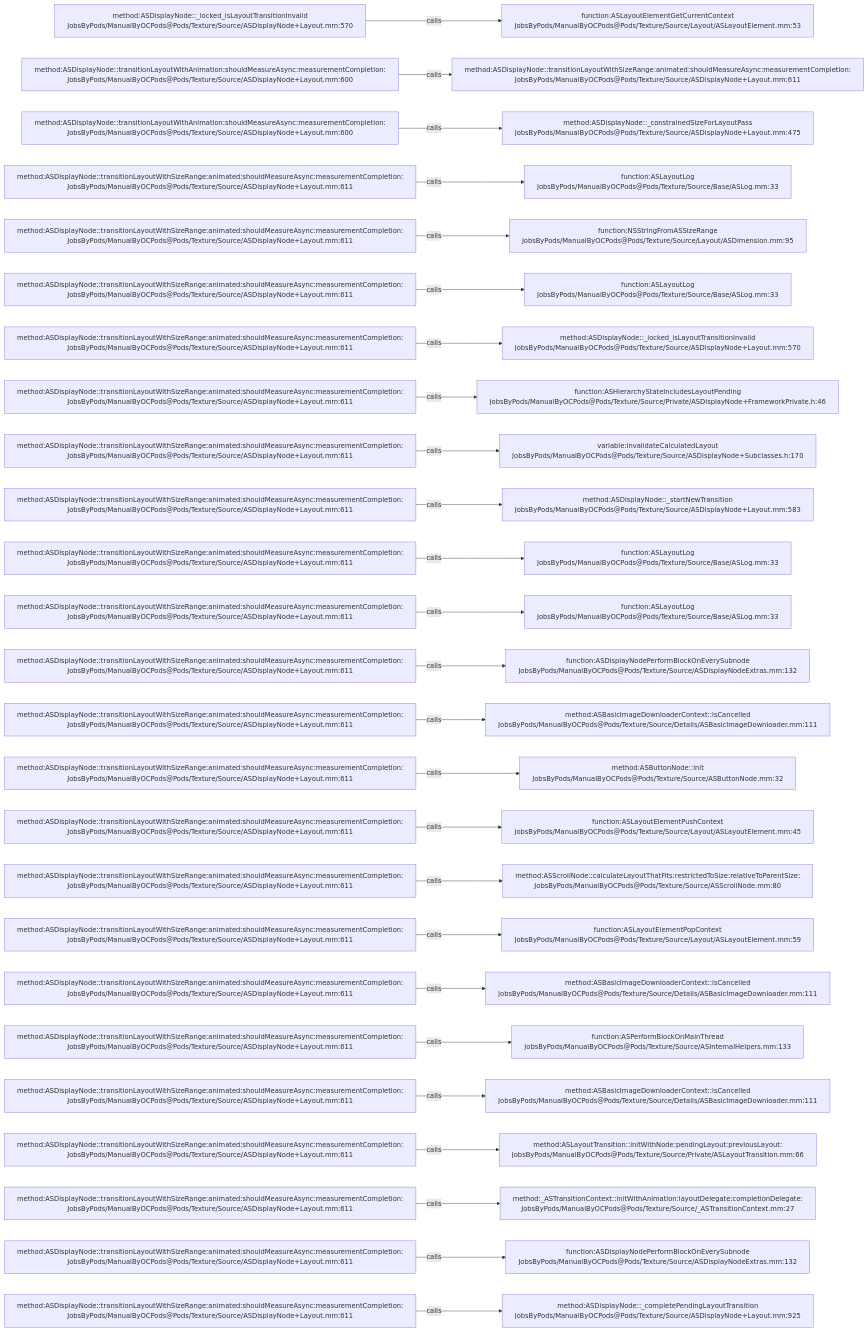
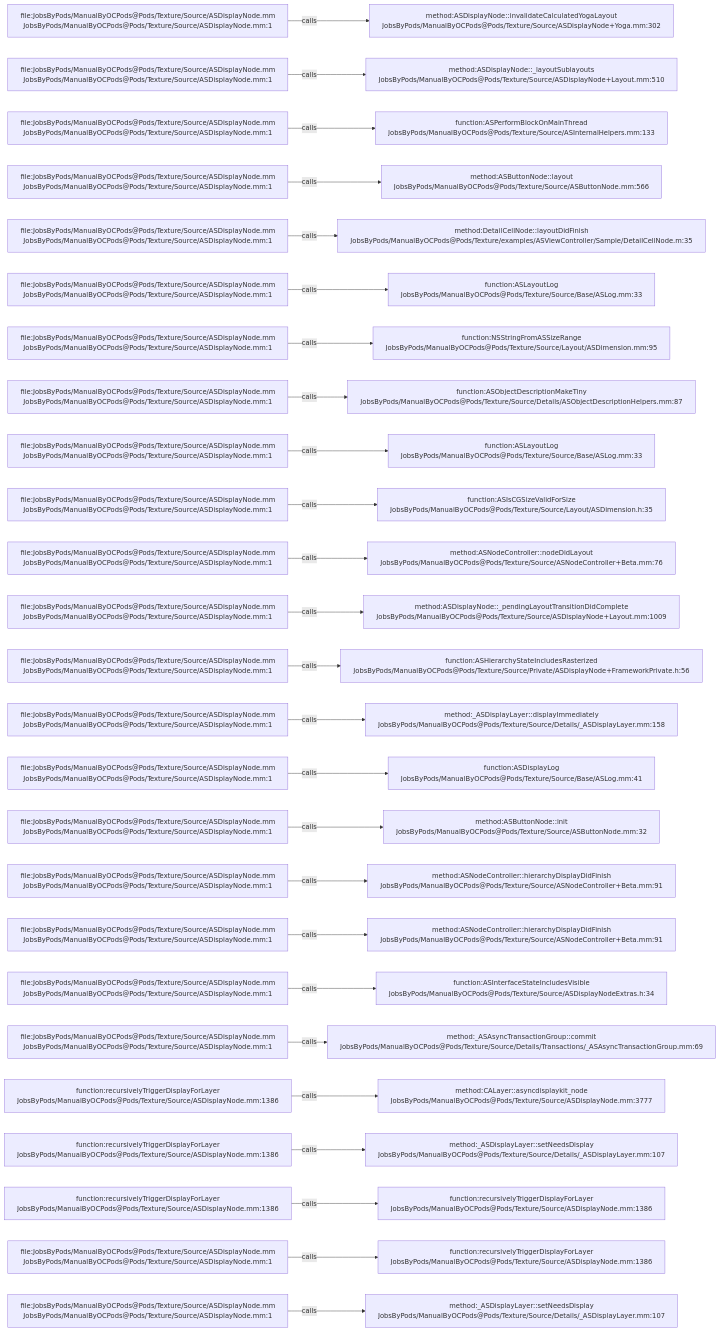
Before and after one commit to JobsKits/JobsOCBaseConfigDemo: the diagram in .codegraph/codegraph.md/graphs/calls-084.md, drawn with Mermaid. The commit also changed 2723 other files, not shown here.

````diff
--- a/.codegraph/codegraph.md/graphs/calls-084.md
+++ b/.codegraph/codegraph.md/graphs/calls-084.md
@@ -13,78 +13,78 @@
 ```mermaid
 flowchart LR
-  S1["method:ASDisplayNode::_locked_isLayoutTransitionInvalid<br/>JobsByPods/ManualByOCPods@Pods/Texture/Source/ASDisplayNode+Layout.mm:570"]
-  T1["function:ASLayoutElementGetCurrentContext<br/>JobsByPods/ManualByOCPods@Pods/Texture/Source/Layout/ASLayoutElement.mm:53"]
+  S1["file:JobsByPods/ManualByOCPods@Pods/Texture/Source/ASDisplayNode.mm<br/>JobsByPods/ManualByOCPods@Pods/Texture/Source/ASDisplayNode.mm:1"]
+  T1["method:ASDisplayNode::invalidateCalculatedYogaLayout<br/>JobsByPods/ManualByOCPods@Pods/Texture/Source/ASDisplayNode+Yoga.mm:302"]
   S1 -->|calls| T1
-  S2["method:ASDisplayNode::transitionLayoutWithAnimation:shouldMeasureAsync:measurementCompletion:<br/>JobsByPods/ManualByOCPods@Pods/Texture/Source/ASDisplayNode+Layout.mm:600"]
-  T2["method:ASDisplayNode::transitionLayoutWithSizeRange:animated:shouldMeasureAsync:measurementCompletion:<br/>JobsByPods/ManualByOCPods@Pods/Texture/Source/ASDisplayNode+Layout.mm:611"]
+  S2["file:JobsByPods/ManualByOCPods@Pods/Texture/Source/ASDisplayNode.mm<br/>JobsByPods/ManualByOCPods@Pods/Texture/Source/ASDisplayNode.mm:1"]
+  T2["method:ASDisplayNode::_layoutSublayouts<br/>JobsByPods/ManualByOCPods@Pods/Texture/Source/ASDisplayNode+Layout.mm:510"]
   S2 -->|calls| T2
-  S3["method:ASDisplayNode::transitionLayoutWithAnimation:shouldMeasureAsync:measurementCompletion:<br/>JobsByPods/ManualByOCPods@Pods/Texture/Source/ASDisplayNode+Layout.mm:600"]
-  T3["method:ASDisplayNode::_constrainedSizeForLayoutPass<br/>JobsByPods/ManualByOCPods@Pods/Texture/Source/ASDisplayNode+Layout.mm:475"]
+  S3["file:JobsByPods/ManualByOCPods@Pods/Texture/Source/ASDisplayNode.mm<br/>JobsByPods/ManualByOCPods@Pods/Texture/Source/ASDisplayNode.mm:1"]
+  T3["function:ASPerformBlockOnMainThread<br/>JobsByPods/ManualByOCPods@Pods/Texture/Source/ASInternalHelpers.mm:133"]
   S3 -->|calls| T3
-  S4["method:ASDisplayNode::transitionLayoutWithSizeRange:animated:shouldMeasureAsync:measurementCompletion:<br/>JobsByPods/ManualByOCPods@Pods/Texture/Source/ASDisplayNode+Layout.mm:611"]
-  T4["function:ASLayoutLog<br/>JobsByPods/ManualByOCPods@Pods/Texture/Source/Base/ASLog.mm:33"]
+  S4["file:JobsByPods/ManualByOCPods@Pods/Texture/Source/ASDisplayNode.mm<br/>JobsByPods/ManualByOCPods@Pods/Texture/Source/ASDisplayNode.mm:1"]
+  T4["method:ASButtonNode::layout<br/>JobsByPods/ManualByOCPods@Pods/Texture/Source/ASButtonNode.mm:566"]
   S4 -->|calls| T4
-  S5["method:ASDisplayNode::transitionLayoutWithSizeRange:animated:shouldMeasureAsync:measurementCompletion:<br/>JobsByPods/ManualByOCPods@Pods/Texture/Source/ASDisplayNode+Layout.mm:611"]
-  T5["function:NSStringFromASSizeRange<br/>JobsByPods/ManualByOCPods@Pods/Texture/Source/Layout/ASDimension.mm:95"]
+  S5["file:JobsByPods/ManualByOCPods@Pods/Texture/Source/ASDisplayNode.mm<br/>JobsByPods/ManualByOCPods@Pods/Texture/Source/ASDisplayNode.mm:1"]
+  T5["method:DetailCellNode::layoutDidFinish<br/>JobsByPods/ManualByOCPods@Pods/Texture/examples/ASViewController/Sample/DetailCellNode.m:35"]
   S5 -->|calls| T5
-  S6["method:ASDisplayNode::transitionLayoutWithSizeRange:animated:shouldMeasureAsync:measurementCompletion:<br/>JobsByPods/ManualByOCPods@Pods/Texture/Source/ASDisplayNode+Layout.mm:611"]
+  S6["file:JobsByPods/ManualByOCPods@Pods/Texture/Source/ASDisplayNode.mm<br/>JobsByPods/ManualByOCPods@Pods/Texture/Source/ASDisplayNode.mm:1"]
   T6["function:ASLayoutLog<br/>JobsByPods/ManualByOCPods@Pods/Texture/Source/Base/ASLog.mm:33"]
   S6 -->|calls| T6
-  S7["method:ASDisplayNode::transitionLayoutWithSizeRange:animated:shouldMeasureAsync:measurementCompletion:<br/>JobsByPods/ManualByOCPods@Pods/Texture/Source/ASDisplayNode+Layout.mm:611"]
-  T7["method:ASDisplayNode::_locked_isLayoutTransitionInvalid<br/>JobsByPods/ManualByOCPods@Pods/Texture/Source/ASDisplayNode+Layout.mm:570"]
+  S7["file:JobsByPods/ManualByOCPods@Pods/Texture/Source/ASDisplayNode.mm<br/>JobsByPods/ManualByOCPods@Pods/Texture/Source/ASDisplayNode.mm:1"]
+  T7["function:NSStringFromASSizeRange<br/>JobsByPods/ManualByOCPods@Pods/Texture/Source/Layout/ASDimension.mm:95"]
   S7 -->|calls| T7
-  S8["method:ASDisplayNode::transitionLayoutWithSizeRange:animated:shouldMeasureAsync:measurementCompletion:<br/>JobsByPods/ManualByOCPods@Pods/Texture/Source/ASDisplayNode+Layout.mm:611"]
-  T8["function:ASHierarchyStateIncludesLayoutPending<br/>JobsByPods/ManualByOCPods@Pods/Texture/Source/Private/ASDisplayNode+FrameworkPrivate.h:46"]
+  S8["file:JobsByPods/ManualByOCPods@Pods/Texture/Source/ASDisplayNode.mm<br/>JobsByPods/ManualByOCPods@Pods/Texture/Source/ASDisplayNode.mm:1"]
+  T8["function:ASObjectDescriptionMakeTiny<br/>JobsByPods/ManualByOCPods@Pods/Texture/Source/Details/ASObjectDescriptionHelpers.mm:87"]
   S8 -->|calls| T8
-  S9["method:ASDisplayNode::transitionLayoutWithSizeRange:animated:shouldMeasureAsync:measurementCompletion:<br/>JobsByPods/ManualByOCPods@Pods/Texture/Source/ASDisplayNode+Layout.mm:611"]
-  T9["variable:invalidateCalculatedLayout<br/>JobsByPods/ManualByOCPods@Pods/Texture/Source/ASDisplayNode+Subclasses.h:170"]
+  S9["file:JobsByPods/ManualByOCPods@Pods/Texture/Source/ASDisplayNode.mm<br/>JobsByPods/ManualByOCPods@Pods/Texture/Source/ASDisplayNode.mm:1"]
+  T9["function:ASLayoutLog<br/>JobsByPods/ManualByOCPods@Pods/Texture/Source/Base/ASLog.mm:33"]
   S9 -->|calls| T9
-  S10["method:ASDisplayNode::transitionLayoutWithSizeRange:animated:shouldMeasureAsync:measurementCompletion:<br/>JobsByPods/ManualByOCPods@Pods/Texture/Source/ASDisplayNode+Layout.mm:611"]
-  T10["method:ASDisplayNode::_startNewTransition<br/>JobsByPods/ManualByOCPods@Pods/Texture/Source/ASDisplayNode+Layout.mm:583"]
+  S10["file:JobsByPods/ManualByOCPods@Pods/Texture/Source/ASDisplayNode.mm<br/>JobsByPods/ManualByOCPods@Pods/Texture/Source/ASDisplayNode.mm:1"]
+  T10["function:ASIsCGSizeValidForSize<br/>JobsByPods/ManualByOCPods@Pods/Texture/Source/Layout/ASDimension.h:35"]
   S10 -->|calls| T10
-  S11["method:ASDisplayNode::transitionLayoutWithSizeRange:animated:shouldMeasureAsync:measurementCompletion:<br/>JobsByPods/ManualByOCPods@Pods/Texture/Source/ASDisplayNode+Layout.mm:611"]
-  T11["function:ASLayoutLog<br/>JobsByPods/ManualByOCPods@Pods/Texture/Source/Base/ASLog.mm:33"]
+  S11["file:JobsByPods/ManualByOCPods@Pods/Texture/Source/ASDisplayNode.mm<br/>JobsByPods/ManualByOCPods@Pods/Texture/Source/ASDisplayNode.mm:1"]
+  T11["method:ASNodeController::nodeDidLayout<br/>JobsByPods/ManualByOCPods@Pods/Texture/Source/ASNodeController+Beta.mm:76"]
   S11 -->|calls| T11
-  S12["method:ASDisplayNode::transitionLayoutWithSizeRange:animated:shouldMeasureAsync:measurementCompletion:<br/>JobsByPods/ManualByOCPods@Pods/Texture/Source/ASDisplayNode+Layout.mm:611"]
-  T12["function:ASLayoutLog<br/>JobsByPods/ManualByOCPods@Pods/Texture/Source/Base/ASLog.mm:33"]
+  S12["file:JobsByPods/ManualByOCPods@Pods/Texture/Source/ASDisplayNode.mm<br/>JobsByPods/ManualByOCPods@Pods/Texture/Source/ASDisplayNode.mm:1"]
+  T12["method:ASDisplayNode::_pendingLayoutTransitionDidComplete<br/>JobsByPods/ManualByOCPods@Pods/Texture/Source/ASDisplayNode+Layout.mm:1009"]
   S12 -->|calls| T12
-  S13["method:ASDisplayNode::transitionLayoutWithSizeRange:animated:shouldMeasureAsync:measurementCompletion:<br/>JobsByPods/ManualByOCPods@Pods/Texture/Source/ASDisplayNode+Layout.mm:611"]
-  T13["function:ASDisplayNodePerformBlockOnEverySubnode<br/>JobsByPods/ManualByOCPods@Pods/Texture/Source/ASDisplayNodeExtras.mm:132"]
+  S13["file:JobsByPods/ManualByOCPods@Pods/Texture/Source/ASDisplayNode.mm<br/>JobsByPods/ManualByOCPods@Pods/Texture/Source/ASDisplayNode.mm:1"]
+  T13["function:ASHierarchyStateIncludesRasterized<br/>JobsByPods/ManualByOCPods@Pods/Texture/Source/Private/ASDisplayNode+FrameworkPrivate.h:56"]
   S13 -->|calls| T13
-  S14["method:ASDisplayNode::transitionLayoutWithSizeRange:animated:shouldMeasureAsync:measurementCompletion:<br/>JobsByPods/ManualByOCPods@Pods/Texture/Source/ASDisplayNode+Layout.mm:611"]
-  T14["method:ASBasicImageDownloaderContext::isCancelled<br/>JobsByPods/ManualByOCPods@Pods/Texture/Source/Details/ASBasicImageDownloader.mm:111"]
+  S14["file:JobsByPods/ManualByOCPods@Pods/Texture/Source/ASDisplayNode.mm<br/>JobsByPods/ManualByOCPods@Pods/Texture/Source/ASDisplayNode.mm:1"]
+  T14["method:_ASDisplayLayer::displayImmediately<br/>JobsByPods/ManualByOCPods@Pods/Texture/Source/Details/_ASDisplayLayer.mm:158"]
   S14 -->|calls| T14
-  S15["method:ASDisplayNode::transitionLayoutWithSizeRange:animated:shouldMeasureAsync:measurementCompletion:<br/>JobsByPods/ManualByOCPods@Pods/Texture/Source/ASDisplayNode+Layout.mm:611"]
-  T15["method:ASButtonNode::init<br/>JobsByPods/ManualByOCPods@Pods/Texture/Source/ASButtonNode.mm:32"]
+  S15["file:JobsByPods/ManualByOCPods@Pods/Texture/Source/ASDisplayNode.mm<br/>JobsByPods/ManualByOCPods@Pods/Texture/Source/ASDisplayNode.mm:1"]
+  T15["function:ASDisplayLog<br/>JobsByPods/ManualByOCPods@Pods/Texture/Source/Base/ASLog.mm:41"]
   S15 -->|calls| T15
-  S16["method:ASDisplayNode::transitionLayoutWithSizeRange:animated:shouldMeasureAsync:measurementCompletion:<br/>JobsByPods/ManualByOCPods@Pods/Texture/Source/ASDisplayNode+Layout.mm:611"]
-  T16["function:ASLayoutElementPushContext<br/>JobsByPods/ManualByOCPods@Pods/Texture/Source/Layout/ASLayoutElement.mm:45"]
+  S16["file:JobsByPods/ManualByOCPods@Pods/Texture/Source/ASDisplayNode.mm<br/>JobsByPods/ManualByOCPods@Pods/Texture/Source/ASDisplayNode.mm:1"]
+  T16["method:ASButtonNode::init<br/>JobsByPods/ManualByOCPods@Pods/Texture/Source/ASButtonNode.mm:32"]
   S16 -->|calls| T16
-  S17["method:ASDisplayNode::transitionLayoutWithSizeRange:animated:shouldMeasureAsync:measurementCompletion:<br/>JobsByPods/ManualByOCPods@Pods/Texture/Source/ASDisplayNode+Layout.mm:611"]
-  T17["method:ASScrollNode::calculateLayoutThatFits:restrictedToSize:relativeToParentSize:<br/>JobsByPods/ManualByOCPods@Pods/Texture/Source/ASScrollNode.mm:80"]
+  S17["file:JobsByPods/ManualByOCPods@Pods/Texture/Source/ASDisplayNode.mm<br/>JobsByPods/ManualByOCPods@Pods/Texture/Source/ASDisplayNode.mm:1"]
+  T17["method:ASNodeController::hierarchyDisplayDidFinish<br/>JobsByPods/ManualByOCPods@Pods/Texture/Source/ASNodeController+Beta.mm:91"]
   S17 -->|calls| T17
-  S18["method:ASDisplayNode::transitionLayoutWithSizeRange:animated:shouldMeasureAsync:measurementCompletion:<br/>JobsByPods/ManualByOCPods@Pods/Texture/Source/ASDisplayNode+Layout.mm:611"]
-  T18["function:ASLayoutElementPopContext<br/>JobsByPods/ManualByOCPods@Pods/Texture/Source/Layout/ASLayoutElement.mm:59"]
+  S18["file:JobsByPods/ManualByOCPods@Pods/Texture/Source/ASDisplayNode.mm<br/>JobsByPods/ManualByOCPods@Pods/Texture/Source/ASDisplayNode.mm:1"]
+  T18["method:ASNodeController::hierarchyDisplayDidFinish<br/>JobsByPods/ManualByOCPods@Pods/Texture/Source/ASNodeController+Beta.mm:91"]
   S18 -->|calls| T18
-  S19["method:ASDisplayNode::transitionLayoutWithSizeRange:animated:shouldMeasureAsync:measurementCompletion:<br/>JobsByPods/ManualByOCPods@Pods/Texture/Source/ASDisplayNode+Layout.mm:611"]
-  T19["method:ASBasicImageDownloaderContext::isCancelled<br/>JobsByPods/ManualByOCPods@Pods/Texture/Source/Details/ASBasicImageDownloader.mm:111"]
+  S19["file:JobsByPods/ManualByOCPods@Pods/Texture/Source/ASDisplayNode.mm<br/>JobsByPods/ManualByOCPods@Pods/Texture/Source/ASDisplayNode.mm:1"]
+  T19["function:ASInterfaceStateIncludesVisible<br/>JobsByPods/ManualByOCPods@Pods/Texture/Source/ASDisplayNodeExtras.h:34"]
   S19 -->|calls| T19
-  S20["method:ASDisplayNode::transitionLayoutWithSizeRange:animated:shouldMeasureAsync:measurementCompletion:<br/>JobsByPods/ManualByOCPods@Pods/Texture/Source/ASDisplayNode+Layout.mm:611"]
-  T20["function:ASPerformBlockOnMainThread<br/>JobsByPods/ManualByOCPods@Pods/Texture/Source/ASInternalHelpers.mm:133"]
+  S20["file:JobsByPods/ManualByOCPods@Pods/Texture/Source/ASDisplayNode.mm<br/>JobsByPods/ManualByOCPods@Pods/Texture/Source/ASDisplayNode.mm:1"]
+  T20["method:_ASAsyncTransactionGroup::commit<br/>JobsByPods/ManualByOCPods@Pods/Texture/Source/Details/Transactions/_ASAsyncTransactionGroup.mm:69"]
   S20 -->|calls| T20
-  S21["method:ASDisplayNode::transitionLayoutWithSizeRange:animated:shouldMeasureAsync:measurementCompletion:<br/>JobsByPods/ManualByOCPods@Pods/Texture/Source/ASDisplayNode+Layout.mm:611"]
-  T21["method:ASBasicImageDownloaderContext::isCancelled<br/>JobsByPods/ManualByOCPods@Pods/Texture/Source/Details/ASBasicImageDownloader.mm:111"]
+  S21["function:recursivelyTriggerDisplayForLayer<br/>JobsByPods/ManualByOCPods@Pods/Texture/Source/ASDisplayNode.mm:1386"]
+  T21["method:CALayer::asyncdisplaykit_node<br/>JobsByPods/ManualByOCPods@Pods/Texture/Source/ASDisplayNode.mm:3777"]
   S21 -->|calls| T21
-  S22["method:ASDisplayNode::transitionLayoutWithSizeRange:animated:shouldMeasureAsync:measurementCompletion:<br/>JobsByPods/ManualByOCPods@Pods/Texture/Source/ASDisplayNode+Layout.mm:611"]
-  T22["method:ASLayoutTransition::initWithNode:pendingLayout:previousLayout:<br/>JobsByPods/ManualByOCPods@Pods/Texture/Source/Private/ASLayoutTransition.mm:66"]
+  S22["function:recursivelyTriggerDisplayForLayer<br/>JobsByPods/ManualByOCPods@Pods/Texture/Source/ASDisplayNode.mm:1386"]
+  T22["method:_ASDisplayLayer::setNeedsDisplay<br/>JobsByPods/ManualByOCPods@Pods/Texture/Source/Details/_ASDisplayLayer.mm:107"]
   S22 -->|calls| T22
-  S23["method:ASDisplayNode::transitionLayoutWithSizeRange:animated:shouldMeasureAsync:measurementCompletion:<br/>JobsByPods/ManualByOCPods@Pods/Texture/Source/ASDisplayNode+Layout.mm:611"]
-  T23["method:_ASTransitionContext::initWithAnimation:layoutDelegate:completionDelegate:<br/>JobsByPods/ManualByOCPods@Pods/Texture/Source/_ASTransitionContext.mm:27"]
+  S23["function:recursivelyTriggerDisplayForLayer<br/>JobsByPods/ManualByOCPods@Pods/Texture/Source/ASDisplayNode.mm:1386"]
+  T23["function:recursivelyTriggerDisplayForLayer<br/>JobsByPods/ManualByOCPods@Pods/Texture/Source/ASDisplayNode.mm:1386"]
   S23 -->|calls| T23
-  S24["method:ASDisplayNode::transitionLayoutWithSizeRange:animated:shouldMeasureAsync:measurementCompletion:<br/>JobsByPods/ManualByOCPods@Pods/Texture/Source/ASDisplayNode+Layout.mm:611"]
-  T24["function:ASDisplayNodePerformBlockOnEverySubnode<br/>JobsByPods/ManualByOCPods@Pods/Texture/Source/ASDisplayNodeExtras.mm:132"]
+  S24["file:JobsByPods/ManualByOCPods@Pods/Texture/Source/ASDisplayNode.mm<br/>JobsByPods/ManualByOCPods@Pods/Texture/Source/ASDisplayNode.mm:1"]
+  T24["function:recursivelyTriggerDisplayForLayer<br/>JobsByPods/ManualByOCPods@Pods/Texture/Source/ASDisplayNode.mm:1386"]
   S24 -->|calls| T24
-  S25["method:ASDisplayNode::transitionLayoutWithSizeRange:animated:shouldMeasureAsync:measurementCompletion:<br/>JobsByPods/ManualByOCPods@Pods/Texture/Source/ASDisplayNode+Layout.mm:611"]
-  T25["method:ASDisplayNode::_completePendingLayoutTransition<br/>JobsByPods/ManualByOCPods@Pods/Texture/Source/ASDisplayNode+Layout.mm:925"]
+  S25["file:JobsByPods/ManualByOCPods@Pods/Texture/Source/ASDisplayNode.mm<br/>JobsByPods/ManualByOCPods@Pods/Texture/Source/ASDisplayNode.mm:1"]
+  T25["method:_ASDisplayLayer::setNeedsDisplay<br/>JobsByPods/ManualByOCPods@Pods/Texture/Source/Details/_ASDisplayLayer.mm:107"]
   S25 -->|calls| T25
 ```
````
